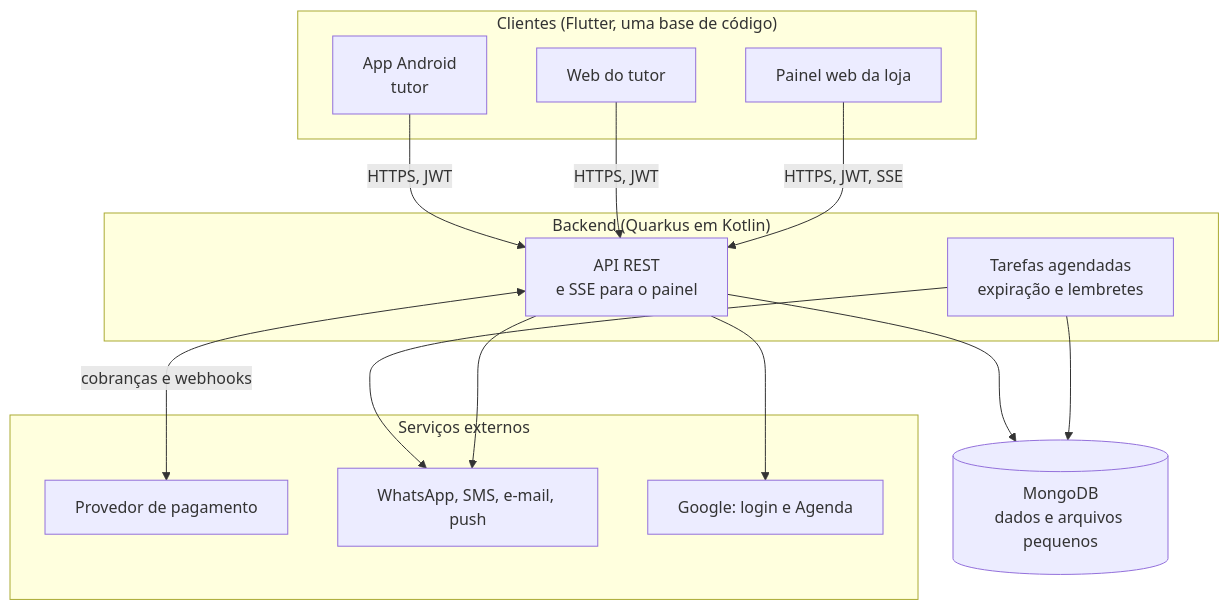
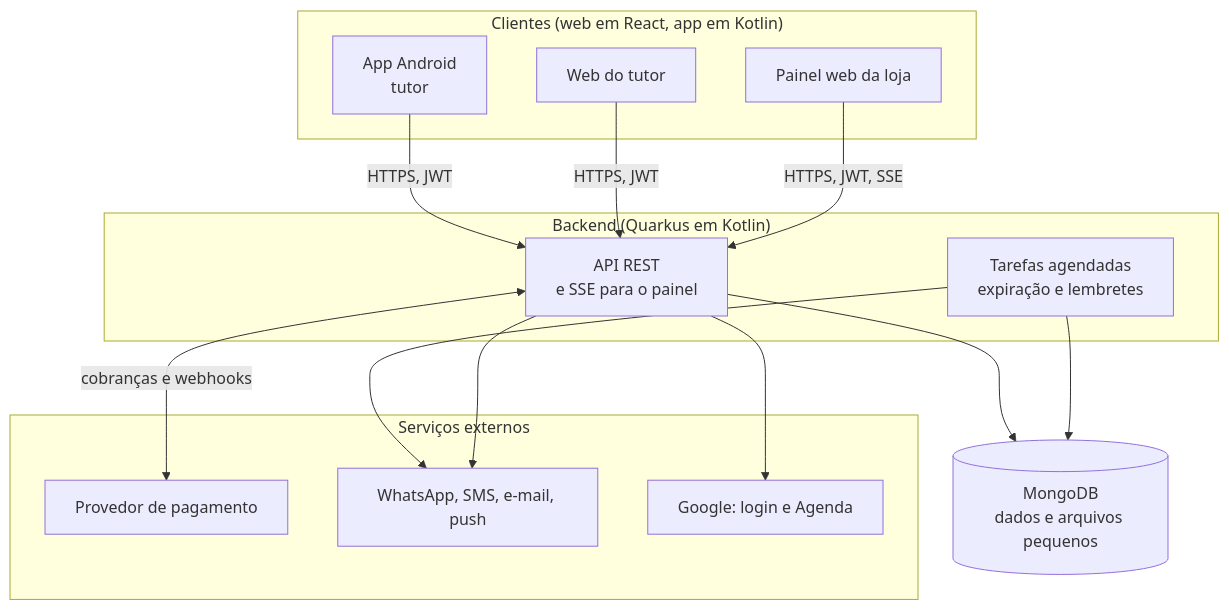
One commit to GabrielVogado/pet-shop changed the second of 4 diagrams in Documentos/02-arquitetura-tecnica/Arquitetura-Alvo-v2.0.md. Above: the diagram before and after it, drawn with Mermaid. The commit also changed other lines of this file and 13 other files, not shown here.

Commit message:
docs: web em React e Android em Kotlin (ADR-010 e ADR-011), substitui o ADR-009

````diff
--- a/Documentos/02-arquitetura-tecnica/Arquitetura-Alvo-v2.0.md
+++ b/Documentos/02-arquitetura-tecnica/Arquitetura-Alvo-v2.0.md
@@ -51,31 +51,31 @@
 ```mermaid
 flowchart TB
-  subgraph clientes["Clientes (Flutter, uma base de código)"]
+  subgraph clientes["Clientes (web em React, app em Kotlin)"]
     app["App Android<br/>tutor"]
     webt["Web do tutor"]
     webl["Painel web da loja"]
   end
 
   subgraph backend["Backend (Quarkus em Kotlin)"]
     api["API REST<br/>e SSE para o painel"]
     jobs["Tarefas agendadas<br/>expiração e lembretes"]
   end
 
   db[("MongoDB<br/>dados e arquivos pequenos")]
 
   subgraph externos["Serviços externos"]
     pag["Provedor de pagamento"]
     msg["WhatsApp, SMS, e-mail, push"]
     goog["Google: login e Agenda"]
   end
 
   app -->|"HTTPS, JWT"| api
   webt -->|"HTTPS, JWT"| api
   webl -->|"HTTPS, JWT, SSE"| api
   api --> db
   jobs --> db
   api <-->|"cobranças e webhooks"| pag
   jobs --> msg
   api --> goog
   api --> msg
 ```
````
